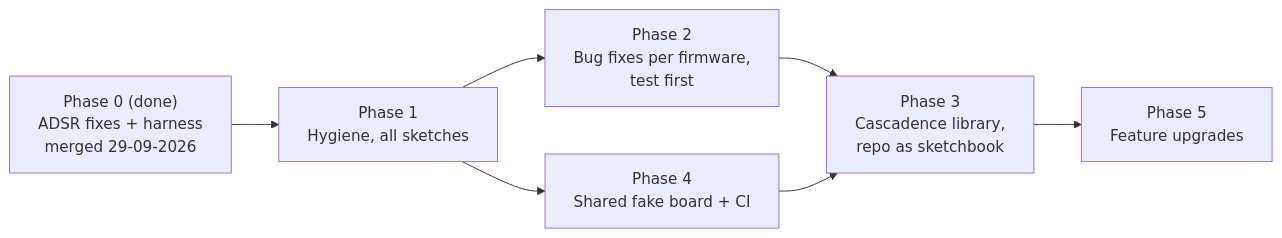
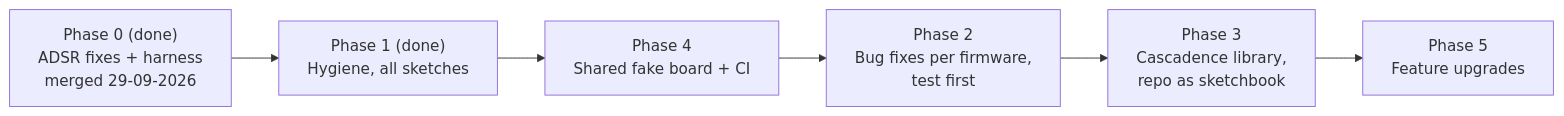
One commit to FrankNFT-labs/cascadence changed the diagram in UPGRADE-PLAN.md. Above: the diagram before and after it, drawn with Mermaid. The commit also changed other lines of this file, not shown here.

First line of the commit message:
docs: record phase 1 in the plan

````diff
--- a/UPGRADE-PLAN.md
+++ b/UPGRADE-PLAN.md
@@ -172,9 +172,8 @@
 ```mermaid
 flowchart LR
-  P0["Phase 0 (done)<br/>ADSR fixes + harness<br/>merged 29-09-2026"] --> P1["Phase 1<br/>Hygiene, all sketches"]
-  P1 --> P2["Phase 2<br/>Bug fixes per firmware,<br/>test first"]
+  P0["Phase 0 (done)<br/>ADSR fixes + harness<br/>merged 29-09-2026"] --> P1["Phase 1 (done)<br/>Hygiene, all sketches"]
   P1 --> P4["Phase 4<br/>Shared fake board + CI"]
+  P4 --> P2["Phase 2<br/>Bug fixes per firmware,<br/>test first"]
   P2 --> P3["Phase 3<br/>Cascadence library,<br/>repo as sketchbook"]
-  P4 --> P3
   P3 --> P5["Phase 5<br/>Feature upgrades"]
 ```
````
